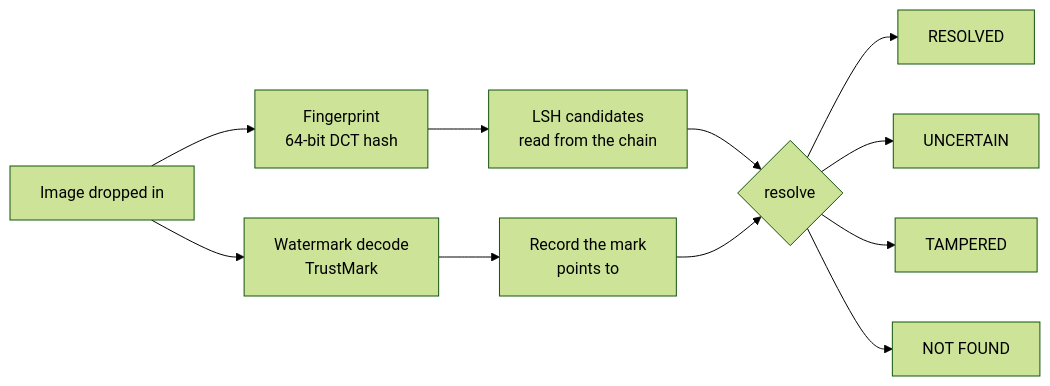
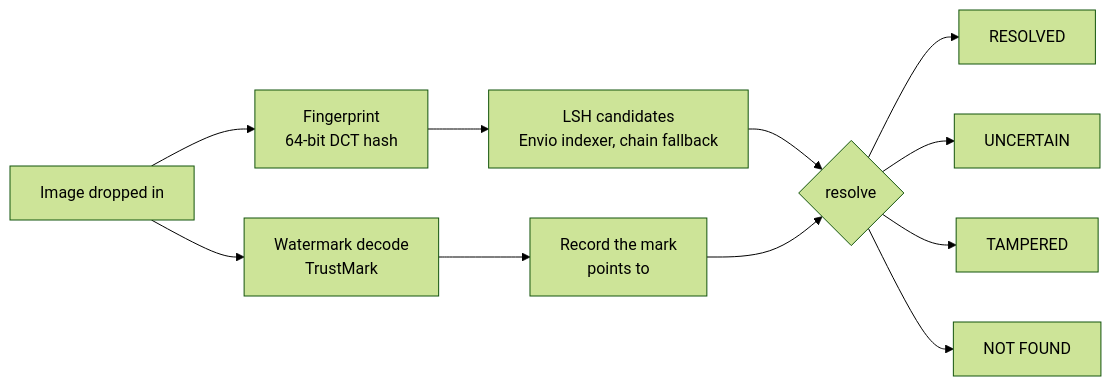
One commit to Musaga-Technology/Grain changed the diagram in README.md. Above: the diagram before and after it, drawn with Mermaid (forest theme). The commit also changed other lines of this file and 12 other files, not shown here.

First line of the commit message:
Make the Envio indexer the app's read path

````diff
--- a/README.md
+++ b/README.md
@@ -25,13 +25,13 @@
 ```mermaid
 flowchart LR
     A[Image dropped in] --> B[Fingerprint<br/>64-bit DCT hash]
     A --> C[Watermark decode<br/>TrustMark]
-    B --> D[LSH candidates<br/>read from the chain]
+    B --> D[LSH candidates<br/>Envio indexer, chain fallback]
     C --> E[Record the mark<br/>points to]
     D --> F{resolve}
     E --> F
     F --> G[RESOLVED]
     F --> H[UNCERTAIN]
     F --> I[TAMPERED]
     F --> J[NOT FOUND]
 ```
````
